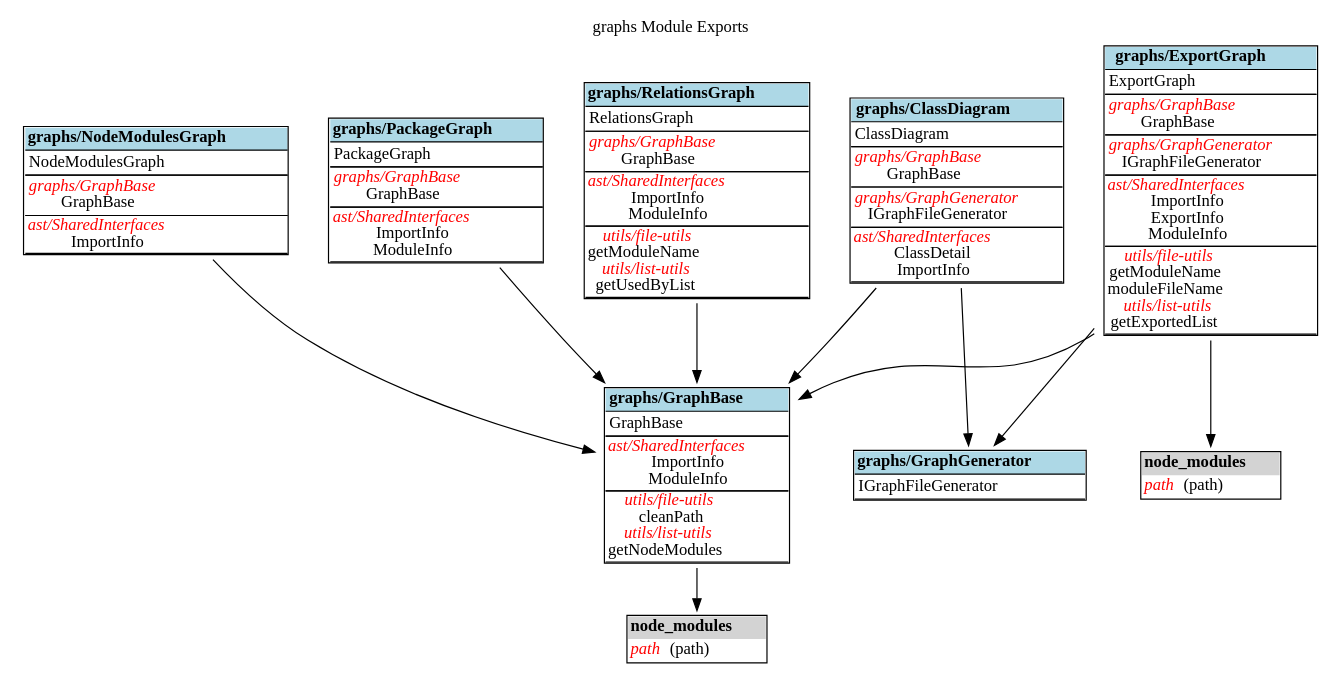
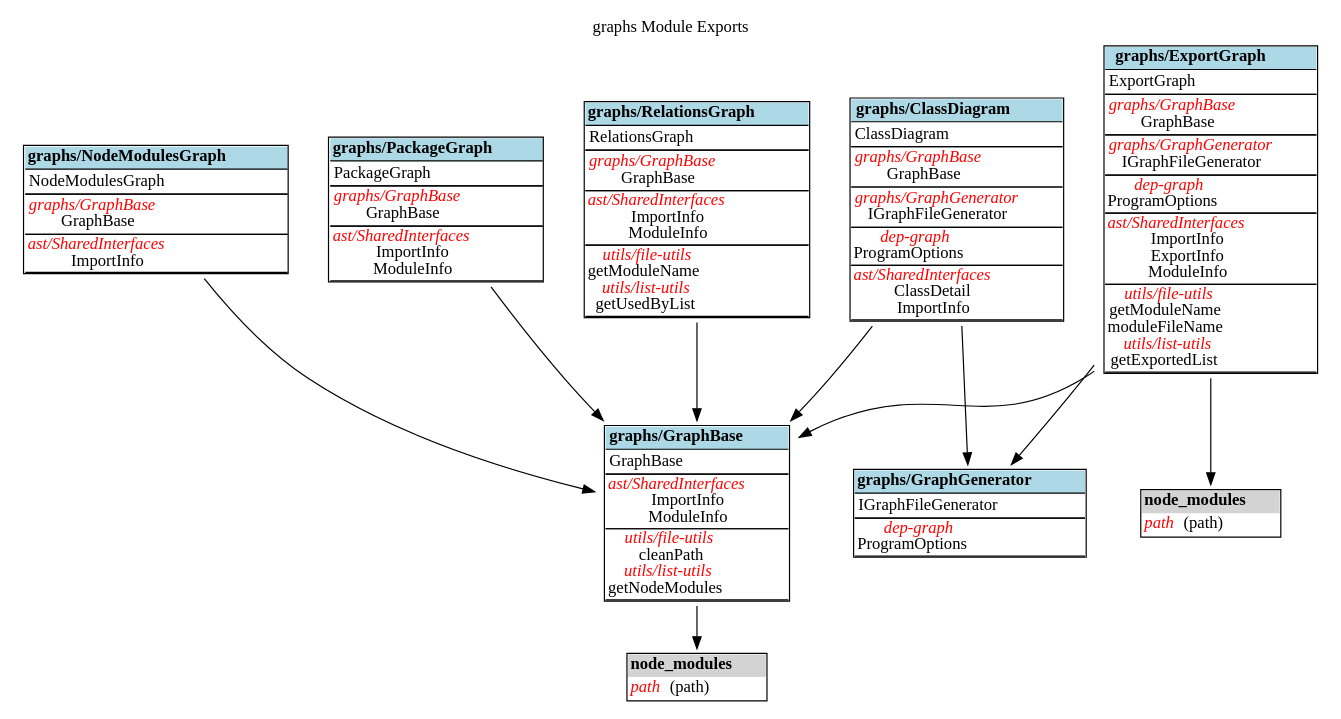
Before and after one commit to fleebe/GitHubPages: the diagram in dep-graph-ts/graphs_ExportGraph.dot, drawn with Graphviz. The commit also changed 110 other files, not shown here.

Commit message:
Update docs for dep-graph-ts from fleebe/dep-graph-ts workflow

```diff
--- a/dep-graph-ts/graphs_ExportGraph.dot
+++ b/dep-graph-ts/graphs_ExportGraph.dot
@@ -1,143 +1,155 @@
 digraph {label="graphs Module Exports";
 labelloc="t";
 "graphs/ClassDiagram" [shape=none, label=<<TABLE cellspacing="0" cellborder="0" align="left">
-<TR><TD bgcolor="lightblue" align="center"><B>graphs/ClassDiagram</B></TD></TR>
+<TR><TD bgcolor="lightblue" HREF="docs/tsdocs/modules/_graphs_ClassDiagram_.html" TARGET="_blank" align="center"><B>graphs/ClassDiagram</B></TD></TR>
 <TR><TD BORDER="1" SIDES="TB" align="left">
 ClassDiagram<BR/>
 </TD></TR>
 <TR><TD BORDER="1" SIDES="TB" align="left">
 <font color="red"><I>graphs/GraphBase</I></font><BR/>
 GraphBase<BR/>
 </TD></TR>
 <TR><TD BORDER="1" SIDES="TB" align="left">
 <font color="red"><I>graphs/GraphGenerator</I></font><BR/>
 IGraphFileGenerator<BR/>
 </TD></TR>
 <TR><TD BORDER="1" SIDES="TB" cellpadding="1" align="left">
+<font color="red"><I>dep-graph</I></font><BR/>
+ProgramOptions<BR/>
+</TD></TR>
+<TR><TD BORDER="1" SIDES="TB" cellpadding="1" align="left">
 <font color="red"><I>ast/SharedInterfaces</I></font><BR/>
 ClassDetail<BR/>
 ImportInfo<BR/>
 </TD></TR>
 </TABLE>>];
 "graphs/ExportGraph" [shape=none, label=<<TABLE cellspacing="0" cellborder="0" align="left">
-<TR><TD bgcolor="lightblue" align="center"><B>graphs/ExportGraph</B></TD></TR>
+<TR><TD bgcolor="lightblue" HREF="docs/tsdocs/modules/_graphs_ExportGraph_.html" TARGET="_blank" align="center"><B>graphs/ExportGraph</B></TD></TR>
 <TR><TD BORDER="1" SIDES="TB" align="left">
 ExportGraph<BR/>
 </TD></TR>
 <TR><TD BORDER="1" SIDES="TB" align="left">
 <font color="red"><I>graphs/GraphBase</I></font><BR/>
 GraphBase<BR/>
 </TD></TR>
 <TR><TD BORDER="1" SIDES="TB" align="left">
 <font color="red"><I>graphs/GraphGenerator</I></font><BR/>
 IGraphFileGenerator<BR/>
+</TD></TR>
+<TR><TD BORDER="1" SIDES="TB" cellpadding="1" align="left">
+<font color="red"><I>dep-graph</I></font><BR/>
+ProgramOptions<BR/>
 </TD></TR>
 <TR><TD BORDER="1" SIDES="TB" cellpadding="1" align="left">
 <font color="red"><I>ast/SharedInterfaces</I></font><BR/>
 ImportInfo<BR/>
 ExportInfo<BR/>
 ModuleInfo<BR/>
 </TD></TR>
 <TR><TD BORDER="1" SIDES="TB" cellpadding="1" align="left">
 <font color="red"><I>utils/file-utils</I></font><BR/>
 getModuleName<BR/>
 moduleFileName<BR/>
 <font color="red"><I>utils/list-utils</I></font><BR/>
 getExportedList<BR/>
 </TD></TR>
 </TABLE>>];
 "graphs/ExportGraph-node_modules" [shape=none, label=<<TABLE cellspacing="0" cellborder="0" align="left">
 <TR><TD bgcolor="lightgrey" align="center"><B>node_modules</B></TD></TR>
 <TR><TD align="left">
 <font color="red"><I>path</I></font> (path)<BR/>
 </TD></TR>
 </TABLE>>];
 "graphs/ExportGraph"->"graphs/ExportGraph-node_modules";
 "graphs/GraphBase" [shape=none, label=<<TABLE cellspacing="0" cellborder="0" align="left">
-<TR><TD bgcolor="lightblue" align="center"><B>graphs/GraphBase</B></TD></TR>
+<TR><TD bgcolor="lightblue" HREF="docs/tsdocs/modules/_graphs_GraphBase_.html" TARGET="_blank" align="center"><B>graphs/GraphBase</B></TD></TR>
 <TR><TD BORDER="1" SIDES="TB" align="left">
 GraphBase<BR/>
 </TD></TR>
 <TR><TD BORDER="1" SIDES="TB" cellpadding="1" align="left">
 <font color="red"><I>ast/SharedInterfaces</I></font><BR/>
 ImportInfo<BR/>
 ModuleInfo<BR/>
 </TD></TR>
 <TR><TD BORDER="1" SIDES="TB" cellpadding="1" align="left">
 <font color="red"><I>utils/file-utils</I></font><BR/>
 cleanPath<BR/>
 <font color="red"><I>utils/list-utils</I></font><BR/>
 getNodeModules<BR/>
 </TD></TR>
 </TABLE>>];
 "graphs/GraphBase-node_modules" [shape=none, label=<<TABLE cellspacing="0" cellborder="0" align="left">
 <TR><TD bgcolor="lightgrey" align="center"><B>node_modules</B></TD></TR>
 <TR><TD align="left">
 <font color="red"><I>path</I></font> (path)<BR/>
 </TD></TR>
 </TABLE>>];
 "graphs/GraphBase"->"graphs/GraphBase-node_modules";
 "graphs/GraphGenerator" [shape=none, label=<<TABLE cellspacing="0" cellborder="0" align="left">
-<TR><TD bgcolor="lightblue" align="center"><B>graphs/GraphGenerator</B></TD></TR>
+<TR><TD bgcolor="lightblue" HREF="docs/tsdocs/modules/_graphs_GraphGenerator_.html" TARGET="_blank" align="center"><B>graphs/GraphGenerator</B></TD></TR>
 <TR><TD BORDER="1" SIDES="TB" align="left">
 IGraphFileGenerator<BR/>
 </TD></TR>
+<TR><TD BORDER="1" SIDES="TB" cellpadding="1" align="left">
+<font color="red"><I>dep-graph</I></font><BR/>
+ProgramOptions<BR/>
+</TD></TR>
 </TABLE>>];
 "graphs/NodeModulesGraph" [shape=none, label=<<TABLE cellspacing="0" cellborder="0" align="left">
-<TR><TD bgcolor="lightblue" align="center"><B>graphs/NodeModulesGraph</B></TD></TR>
+<TR><TD bgcolor="lightblue" HREF="docs/tsdocs/modules/_graphs_NodeModulesGraph_.html" TARGET="_blank" align="center"><B>graphs/NodeModulesGraph</B></TD></TR>
 <TR><TD BORDER="1" SIDES="TB" align="left">
 NodeModulesGraph<BR/>
 </TD></TR>
 <TR><TD BORDER="1" SIDES="TB" align="left">
 <font color="red"><I>graphs/GraphBase</I></font><BR/>
 GraphBase<BR/>
 </TD></TR>
 <TR><TD BORDER="1" SIDES="TB" cellpadding="1" align="left">
 <font color="red"><I>ast/SharedInterfaces</I></font><BR/>
 ImportInfo<BR/>
 </TD></TR>
 </TABLE>>];
 "graphs/PackageGraph" [shape=none, label=<<TABLE cellspacing="0" cellborder="0" align="left">
-<TR><TD bgcolor="lightblue" align="center"><B>graphs/PackageGraph</B></TD></TR>
+<TR><TD bgcolor="lightblue" HREF="docs/tsdocs/modules/_graphs_PackageGraph_.html" TARGET="_blank" align="center"><B>graphs/PackageGraph</B></TD></TR>
 <TR><TD BORDER="1" SIDES="TB" align="left">
 PackageGraph<BR/>
 </TD></TR>
 <TR><TD BORDER="1" SIDES="TB" align="left">
 <font color="red"><I>graphs/GraphBase</I></font><BR/>
 GraphBase<BR/>
 </TD></TR>
 <TR><TD BORDER="1" SIDES="TB" cellpadding="1" align="left">
 <font color="red"><I>ast/SharedInterfaces</I></font><BR/>
 ImportInfo<BR/>
 ModuleInfo<BR/>
 </TD></TR>
 </TABLE>>];
 "graphs/RelationsGraph" [shape=none, label=<<TABLE cellspacing="0" cellborder="0" align="left">
-<TR><TD bgcolor="lightblue" align="center"><B>graphs/RelationsGraph</B></TD></TR>
+<TR><TD bgcolor="lightblue" HREF="docs/tsdocs/modules/_graphs_RelationsGraph_.html" TARGET="_blank" align="center"><B>graphs/RelationsGraph</B></TD></TR>
 <TR><TD BORDER="1" SIDES="TB" align="left">
 RelationsGraph<BR/>
 </TD></TR>
 <TR><TD BORDER="1" SIDES="TB" align="left">
 <font color="red"><I>graphs/GraphBase</I></font><BR/>
 GraphBase<BR/>
 </TD></TR>
 <TR><TD BORDER="1" SIDES="TB" cellpadding="1" align="left">
 <font color="red"><I>ast/SharedInterfaces</I></font><BR/>
 ImportInfo<BR/>
 ModuleInfo<BR/>
 </TD></TR>
 <TR><TD BORDER="1" SIDES="TB" cellpadding="1" align="left">
 <font color="red"><I>utils/file-utils</I></font><BR/>
 getModuleName<BR/>
 <font color="red"><I>utils/list-utils</I></font><BR/>
 getUsedByList<BR/>
 </TD></TR>
 </TABLE>>];
 "graphs/ClassDiagram"->"graphs/GraphBase";
 "graphs/ClassDiagram"->"graphs/GraphGenerator";
 "graphs/ExportGraph"->"graphs/GraphBase";
 "graphs/ExportGraph"->"graphs/GraphGenerator";
 "graphs/NodeModulesGraph"->"graphs/GraphBase";
 "graphs/PackageGraph"->"graphs/GraphBase";
 "graphs/RelationsGraph"->"graphs/GraphBase";
 }
```
